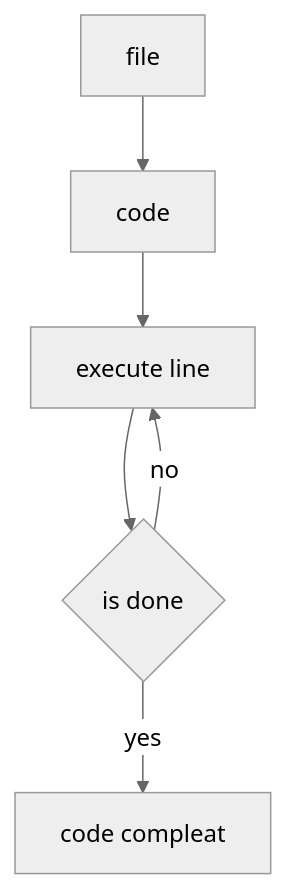
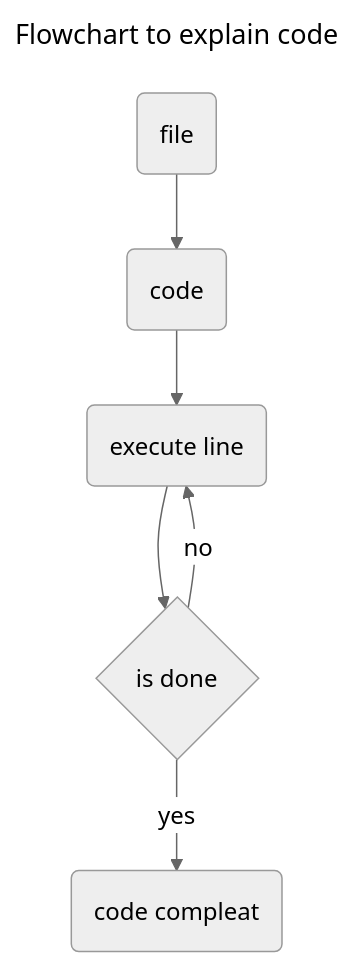
One commit to Cooperzilla/Macro-Language changed the diagram in readme.md. Above: the diagram before and after it, drawn with Mermaid (neutral theme). The commit also changed other lines of this file and 3 other files, not shown here.

````diff
--- a/readme.md
+++ b/readme.md
@@ -228,9 +242,11 @@
 ```mermaid
+---
+title: Flowchart to explain code
+---
 flowchart TD
-    A[file] --> B[code]
-    B --> C[execute line]
+    A(file) --> B(code)
+    B --> C(execute line)
     C --> D{is done}
-    D -- yes --> F[code compleat]
+    D -- yes --> F(code compleat)
     D -- no --> C
-
 ```
````
